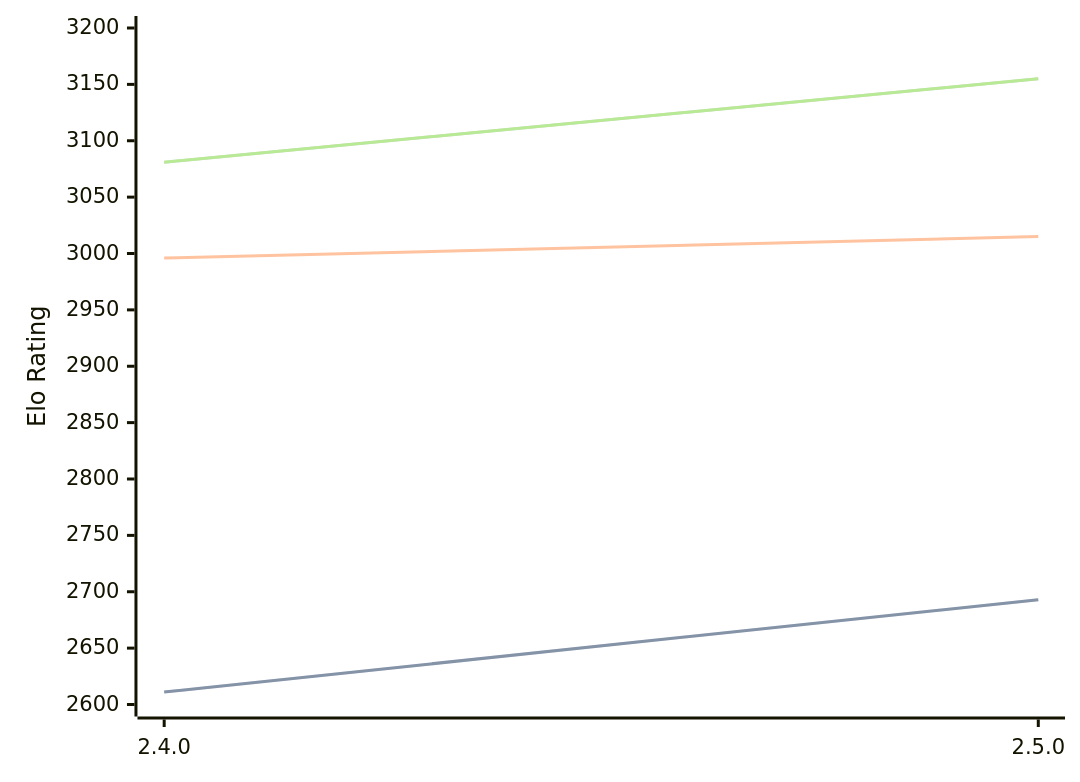
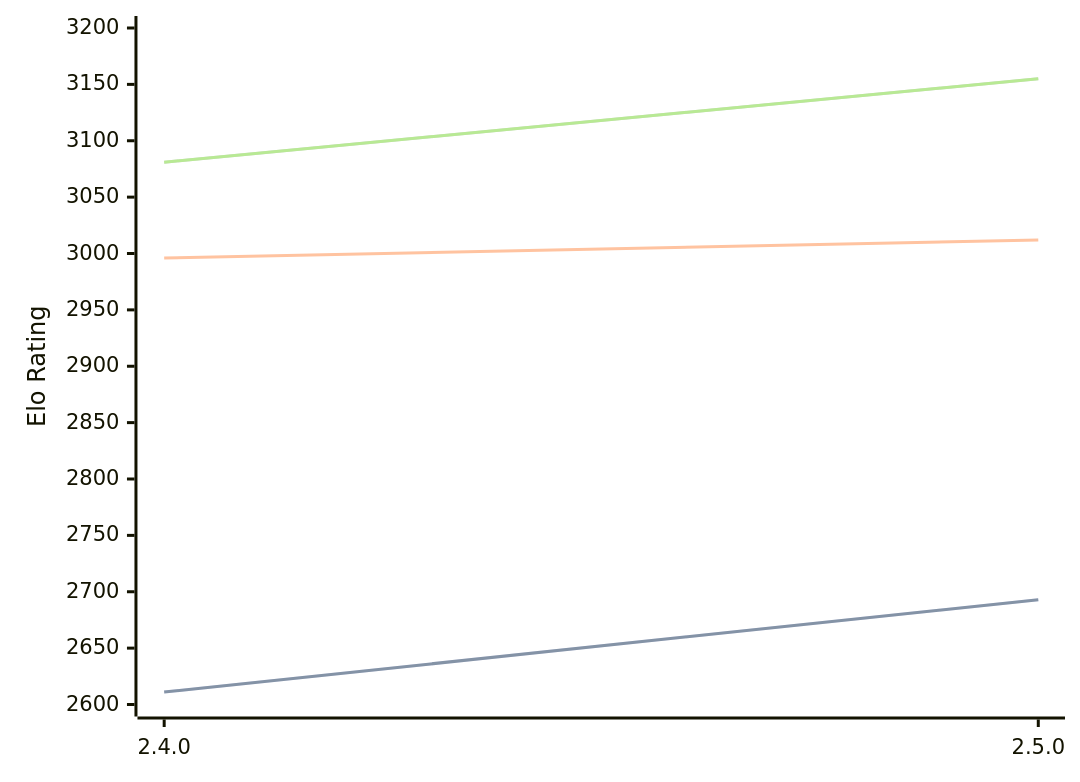
The first of 3 diagrams in engines/Sturddle2.md (computer-chess-index/cci), drawn with Mermaid before and after one commit. The commit also changed other lines of this file, not shown here.

````diff
--- a/engines/Sturddle2.md
+++ b/engines/Sturddle2.md
@@ -37,11 +37,11 @@
 ```mermaid
 %%{init: {"theme":"base","themeVariables":{"seriesColors:['#a3a3a3','#222221','#faa371']}}}%%
 xychart-beta
   x-axis ["2.4.0", "2.5.0"]
   y-axis "Elo Rating" 2600 --> 3200
   line "STC (8.0+0.08s)" [2611, 2693]
   line "STC (8.0+0.08s)" [2611, 2693]
-  line "LTC (60.0+0.60s)" [2996, 3015]
+  line "LTC (60.0+0.60s)" [2996, 3012]
   line "VLTC (2m24s+1.12s)" [3081, 3155]
   line "VLTC (2m24s+1.12s)" [3081, 3155]
 ```
````
